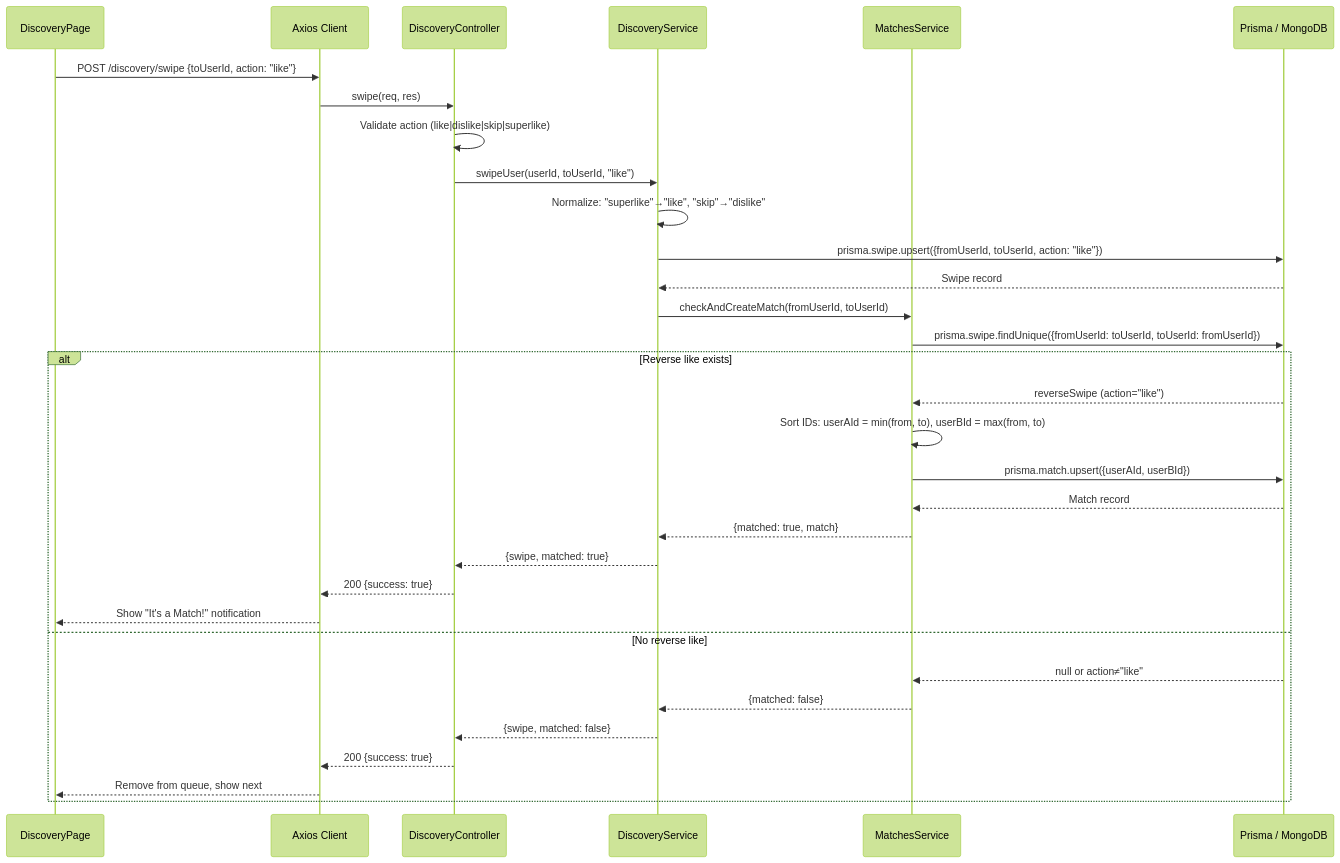
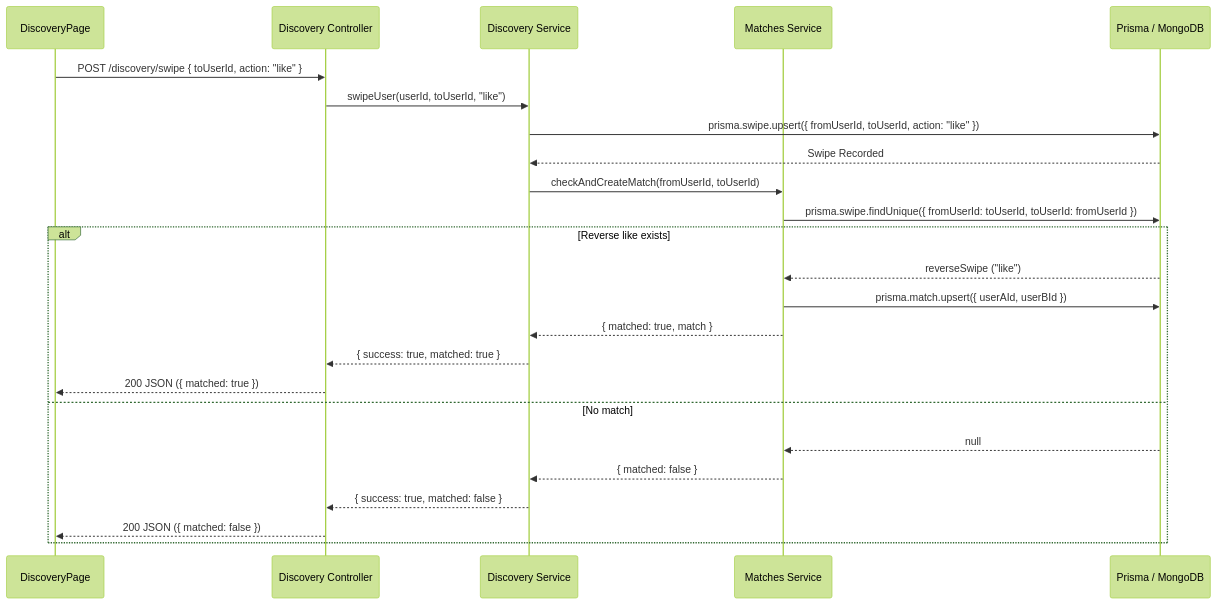
The third of 4 diagrams in docs/diagrams/5_sequence_diagrams.md (HardikGenOne/Flately), drawn with Mermaid (forest theme) before and after one commit. The commit also changed other lines of this file and 25 other files, not shown here.

````diff
--- a/docs/diagrams/5_sequence_diagrams.md
+++ b/docs/diagrams/5_sequence_diagrams.md
@@ -89,39 +81,30 @@
 ```mermaid
 sequenceDiagram
     participant FE as DiscoveryPage
-    participant AX as Axios Client
-    participant DC as DiscoveryController
-    participant DS as DiscoveryService
-    participant MTS as MatchesService
+    participant DC as Discovery Controller
+    participant DS as Discovery Service
+    participant MTS as Matches Service
     participant DB as Prisma / MongoDB
 
-    FE->>AX: POST /discovery/swipe {toUserId, action: "like"}
-    AX->>DC: swipe(req, res)
-    DC->>DC: Validate action (like|dislike|skip|superlike)
+    FE->>DC: POST /discovery/swipe { toUserId, action: "like" }
     DC->>DS: swipeUser(userId, toUserId, "like")
 
-    DS->>DS: Normalize: "superlike"→"like", "skip"→"dislike"
-
-    DS->>DB: prisma.swipe.upsert({fromUserId, toUserId, action: "like"})
-    DB-->>DS: Swipe record
+    DS->>DB: prisma.swipe.upsert({ fromUserId, toUserId, action: "like" })
+    DB-->>DS: Swipe Recorded
 
     DS->>MTS: checkAndCreateMatch(fromUserId, toUserId)
-    MTS->>DB: prisma.swipe.findUnique({fromUserId: toUserId, toUserId: fromUserId})
+    MTS->>DB: prisma.swipe.findUnique({ fromUserId: toUserId, toUserId: fromUserId })
 
     alt Reverse like exists
-        DB-->>MTS: reverseSwipe (action="like")
-        MTS->>MTS: Sort IDs: userAId = min(from, to), userBId = max(from, to)
-        MTS->>DB: prisma.match.upsert({userAId, userBId})
-        DB-->>MTS: Match record
-        MTS-->>DS: {matched: true, match}
-        DS-->>DC: {swipe, matched: true}
-        DC-->>AX: 200 {success: true}
-        AX-->>FE: Show "It's a Match!" notification
-    else No reverse like
-        DB-->>MTS: null or action≠"like"
-        MTS-->>DS: {matched: false}
-        DS-->>DC: {swipe, matched: false}
-        DC-->>AX: 200 {success: true}
-        AX-->>FE: Remove from queue, show next
+        DB-->>MTS: reverseSwipe ("like")
+        MTS->>DB: prisma.match.upsert({ userAId, userBId })
+        MTS-->>DS: { matched: true, match }
+        DS-->>DC: { success: true, matched: true }
+        DC-->>FE: 200 JSON ({ matched: true })
+    else No match
+        DB-->>MTS: null
+        MTS-->>DS: { matched: false }
+        DS-->>DC: { success: true, matched: false }
+        DC-->>FE: 200 JSON ({ matched: false })
     end
 ```
````
